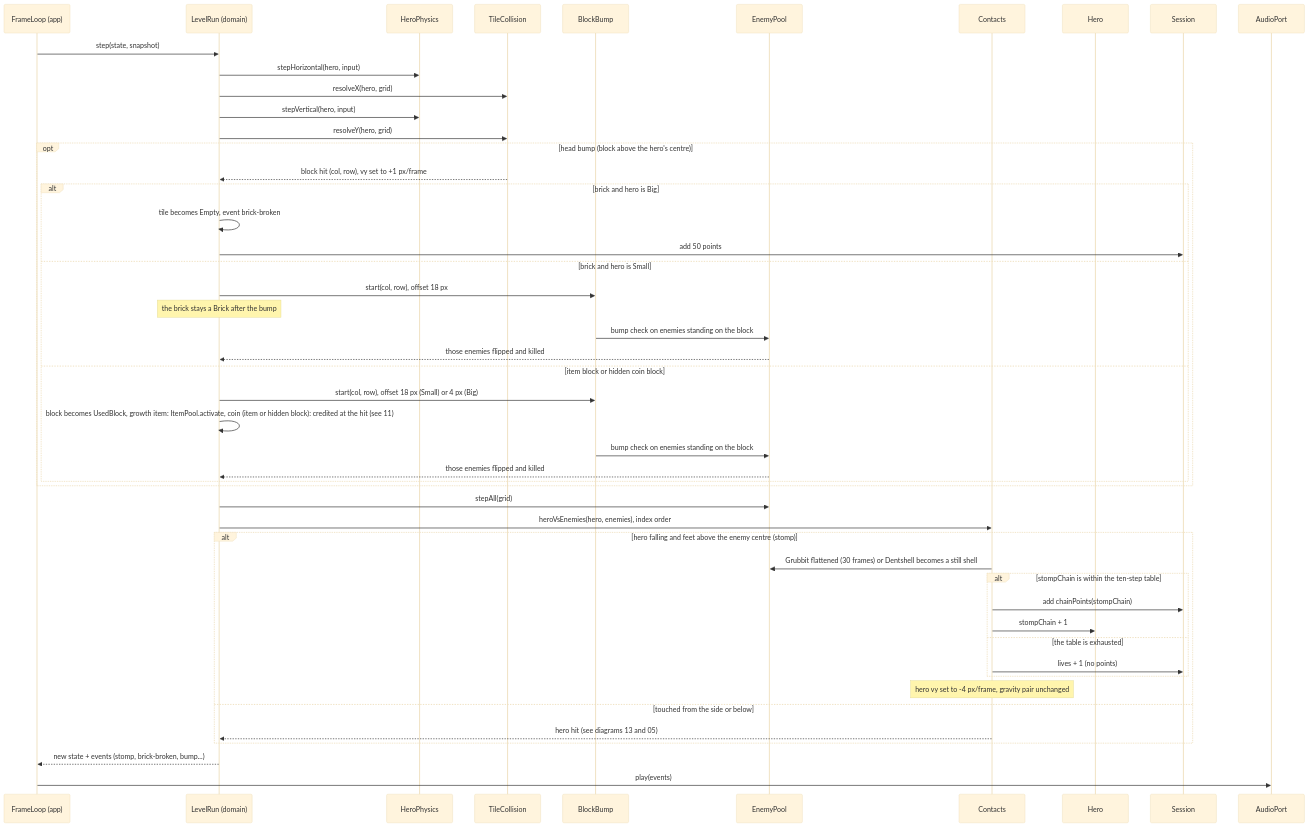
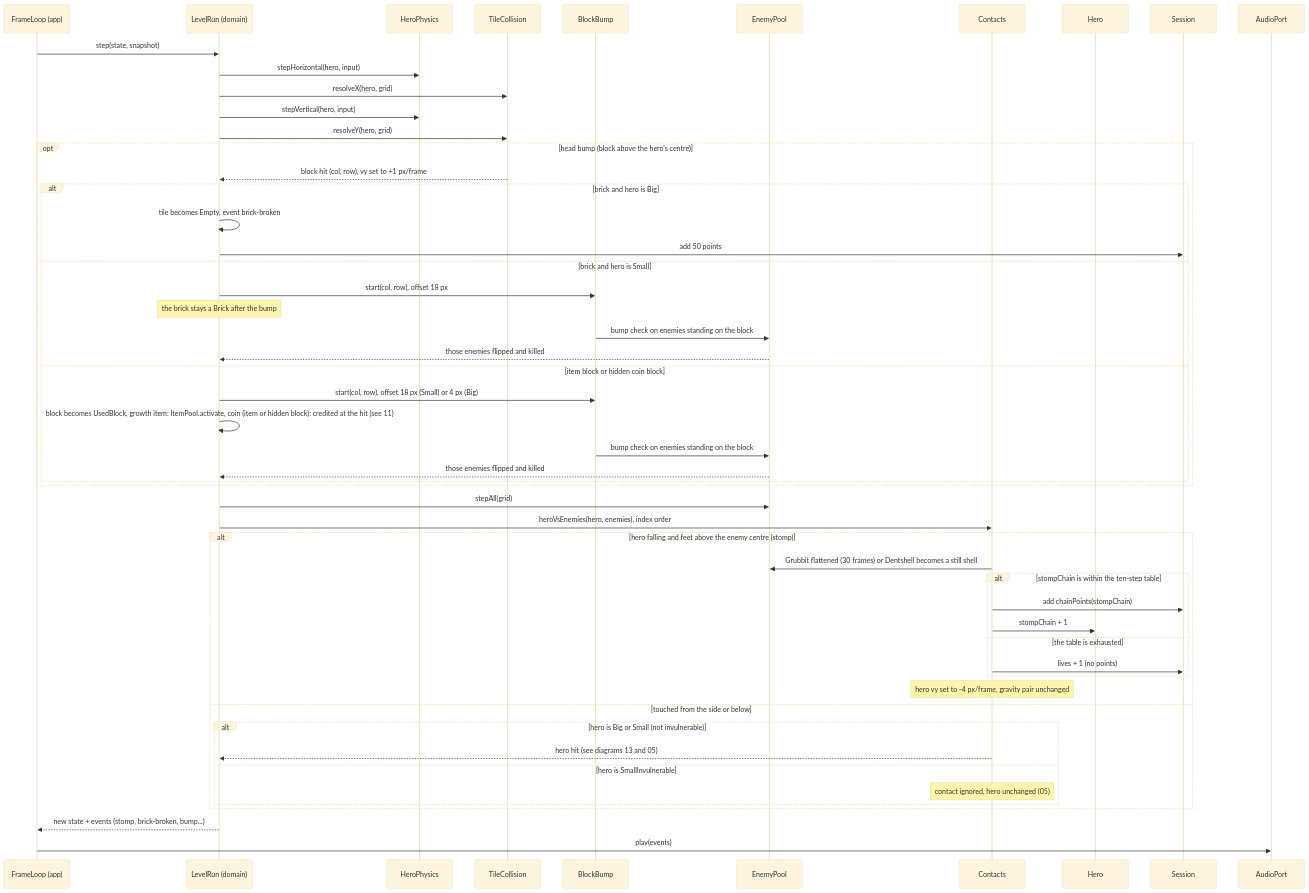
One commit to benoit-bremaud/retro-plumber changed the diagram in docs/architecture/diagrams/gameplay/10-sequence-collisions.md. Above: the diagram before and after it, drawn with Mermaid (base theme). The commit also changed 1 other file, not shown here.

Commit message:
docs(uml): address eighth Codex review on sequences 10, 11 (#7)

````diff
--- a/docs/architecture/diagrams/gameplay/10-sequence-collisions.md
+++ b/docs/architecture/diagrams/gameplay/10-sequence-collisions.md
@@ -14,51 +14,55 @@
 ```mermaid
 sequenceDiagram
     participant FL as FrameLoop (app)
     participant LR as LevelRun (domain)
     participant HP as HeroPhysics
     participant TC as TileCollision
     participant BB as BlockBump
     participant EP as EnemyPool
     participant Ct as Contacts
     participant H as Hero
     participant Sess as Session
     participant Snd as AudioPort
     FL->>LR: step(state, snapshot)
     LR->>HP: stepHorizontal(hero, input)
     LR->>TC: resolveX(hero, grid)
     LR->>HP: stepVertical(hero, input)
     LR->>TC: resolveY(hero, grid)
     opt head bump (block above the hero's centre)
         TC-->>LR: block hit (col, row), vy set to +1 px/frame
         alt brick and hero is Big
             LR->>LR: tile becomes Empty, event brick-broken
             LR->>Sess: add 50 points
         else brick and hero is Small
             LR->>BB: start(col, row), offset 18 px
             Note over LR: the brick stays a Brick after the bump
             BB->>EP: bump check on enemies standing on the block
             EP-->>LR: those enemies flipped and killed
         else item block or hidden coin block
             LR->>BB: start(col, row), offset 18 px (Small) or 4 px (Big)
             LR->>LR: block becomes UsedBlock, growth item: ItemPool.activate, coin (item or hidden block): credited at the hit (see 11)
             BB->>EP: bump check on enemies standing on the block
             EP-->>LR: those enemies flipped and killed
         end
     end
     LR->>EP: stepAll(grid)
     LR->>Ct: heroVsEnemies(hero, enemies), index order
     alt hero falling and feet above the enemy centre (stomp)
         Ct->>EP: Grubbit flattened (30 frames) or Dentshell becomes a still shell
         alt stompChain is within the ten-step table
             Ct->>Sess: add chainPoints(stompChain)
             Ct->>H: stompChain + 1
         else the table is exhausted
             Ct->>Sess: lives + 1 (no points)
         end
         Note over Ct: hero vy set to -4 px/frame, gravity pair unchanged
     else touched from the side or below
-        Ct-->>LR: hero hit (see diagrams 13 and 05)
+        alt hero is Big or Small (not invulnerable)
+            Ct-->>LR: hero hit (see diagrams 13 and 05)
+        else hero is SmallInvulnerable
+            Note over Ct: contact ignored, hero unchanged (05)
+        end
     end
     LR-->>FL: new state + events (stomp, brick-broken, bump...)
     FL->>Snd: play(events)
 ```
````
